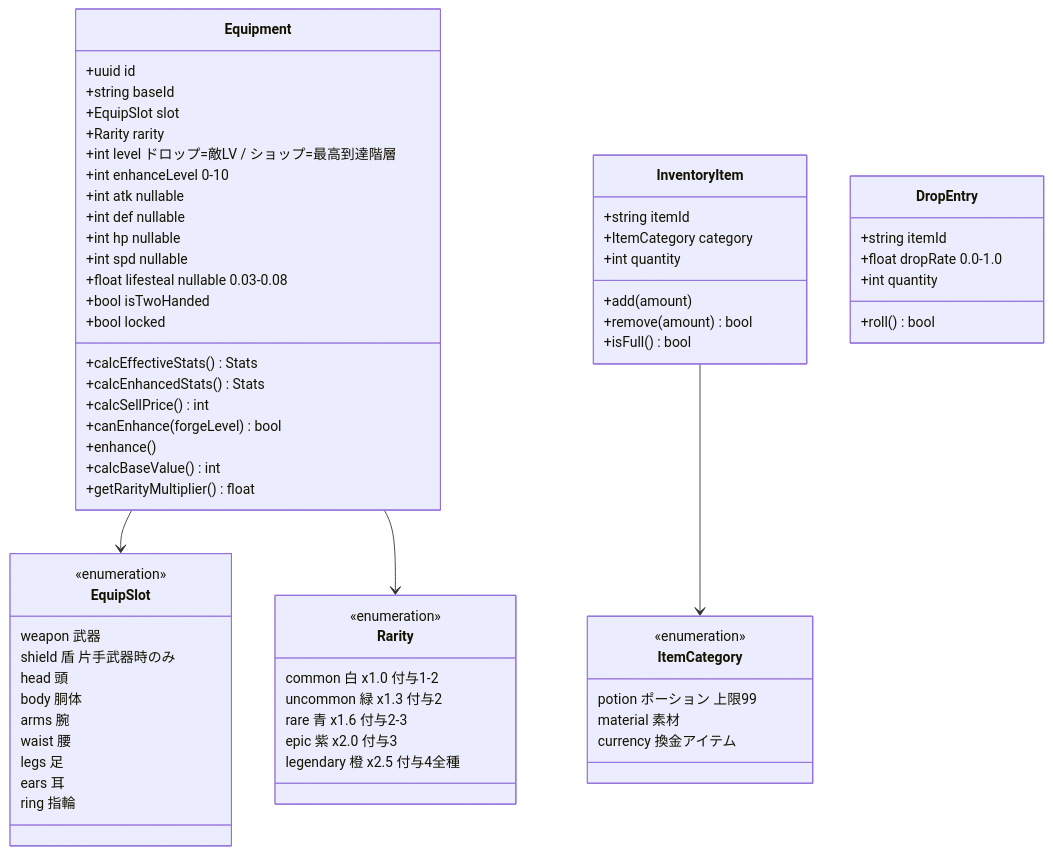
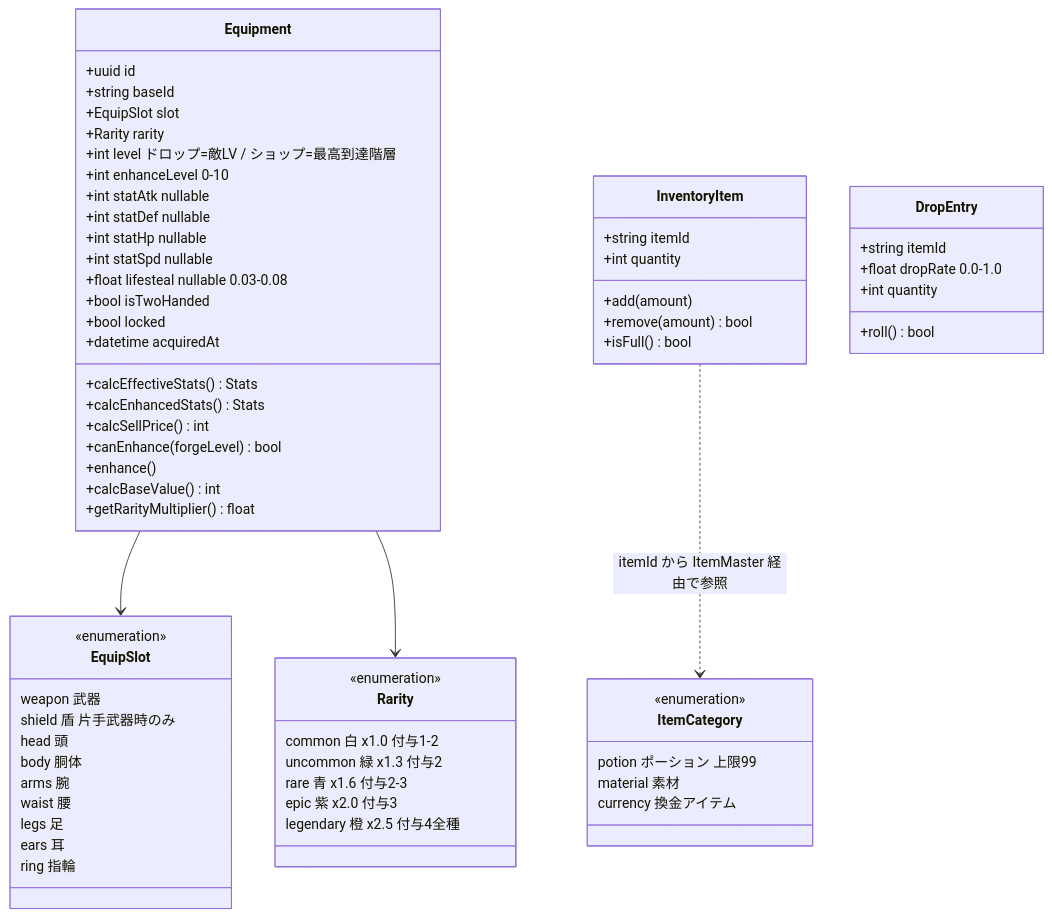
Before and after one commit to dateeee/2026_AFKGAME: the first of 3 diagrams in diagrams/class_diagram/item.md, drawn with Mermaid. The commit also changed other lines of this file and 42 other files, not shown here.

First line of the commit message:
docs: 要件定義〜製造ゲートRVの指摘42件を仕様書・設計図へ反映（fix-specs）

````diff
--- a/diagrams/class_diagram/item.md
+++ b/diagrams/class_diagram/item.md
@@ -7,77 +7,77 @@
 ```mermaid
 %%{init: {'theme': 'default', 'themeVariables': {'fontSize': '16px'}} }%%
 classDiagram
     direction TB
 
     class Equipment {
         +uuid id
         +string baseId
         +EquipSlot slot
         +Rarity rarity
         +int level  ドロップ=敵LV / ショップ=最高到達階層
         +int enhanceLevel  0-10
-        +int atk  nullable
-        +int def  nullable
-        +int hp  nullable
-        +int spd  nullable
+        +int statAtk  nullable
+        +int statDef  nullable
+        +int statHp  nullable
+        +int statSpd  nullable
         +float lifesteal  nullable 0.03-0.08
         +bool isTwoHanded
         +bool locked
+        +datetime acquiredAt
         +calcEffectiveStats() Stats
         +calcEnhancedStats() Stats
         +calcSellPrice() int
         +canEnhance(forgeLevel) bool
         +enhance()
         +calcBaseValue() int
         +getRarityMultiplier() float
     }
 
     class EquipSlot {
         <<enumeration>>
         weapon  武器
         shield  盾 片手武器時のみ
         head  頭
         body  胴体
         arms  腕
         waist  腰
         legs  足
         ears  耳
         ring  指輪
     }
 
     class Rarity {
         <<enumeration>>
         common  白 x1.0 付与1-2
         uncommon  緑 x1.3 付与2
         rare  青 x1.6 付与2-3
         epic  紫 x2.0 付与3
         legendary  橙 x2.5 付与4全種
     }
 
     class InventoryItem {
         +string itemId
-        +ItemCategory category
         +int quantity
         +add(amount)
         +remove(amount) bool
         +isFull() bool
     }
 
     class ItemCategory {
         <<enumeration>>
         potion  ポーション 上限99
         material  素材
         currency  換金アイテム
     }
 
     class DropEntry {
         +string itemId
         +float dropRate  0.0-1.0
         +int quantity
         +roll() bool
     }
 
     Equipment --> EquipSlot
     Equipment --> Rarity
-    InventoryItem --> ItemCategory
+    InventoryItem ..> ItemCategory : itemId から ItemMaster 経由で参照
 ```
````
